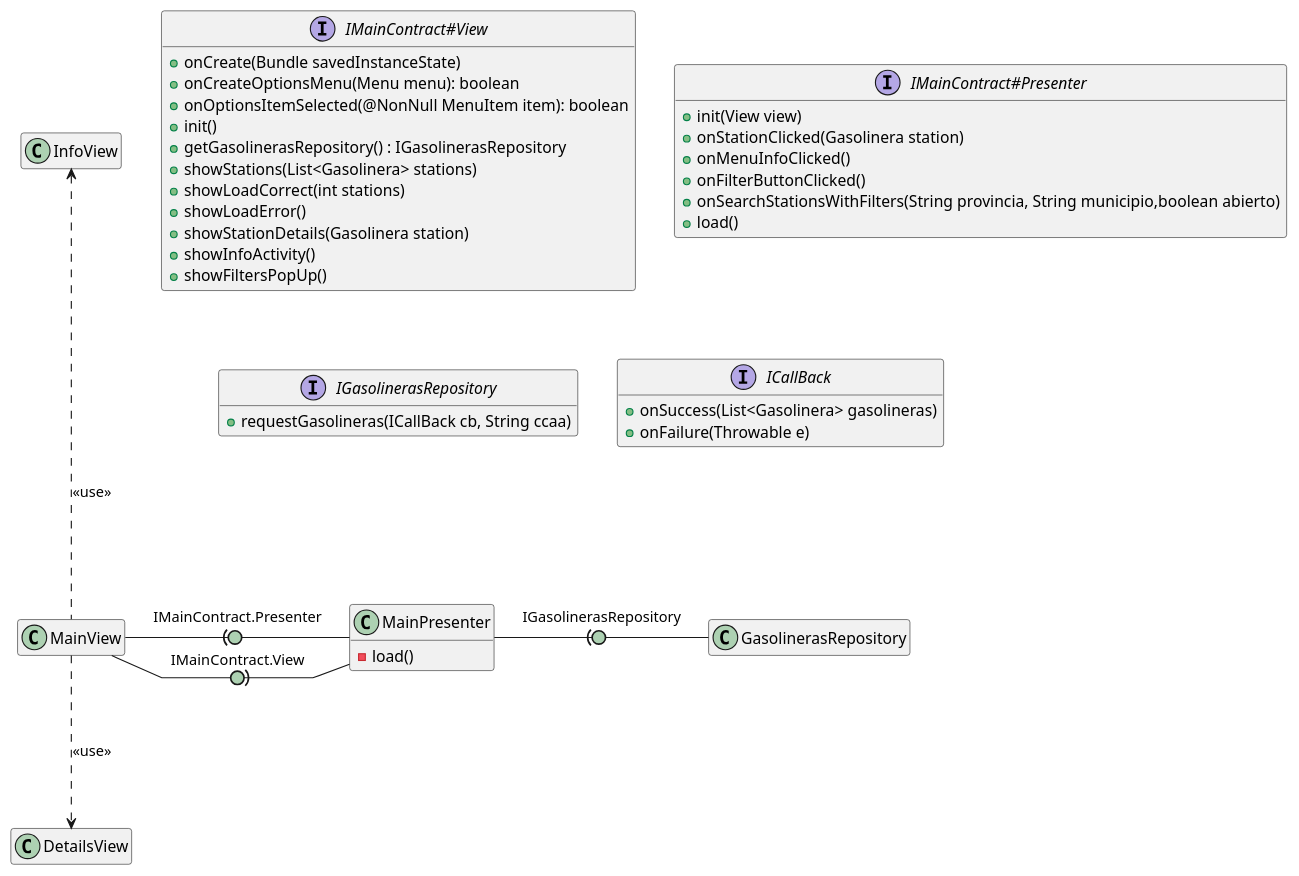
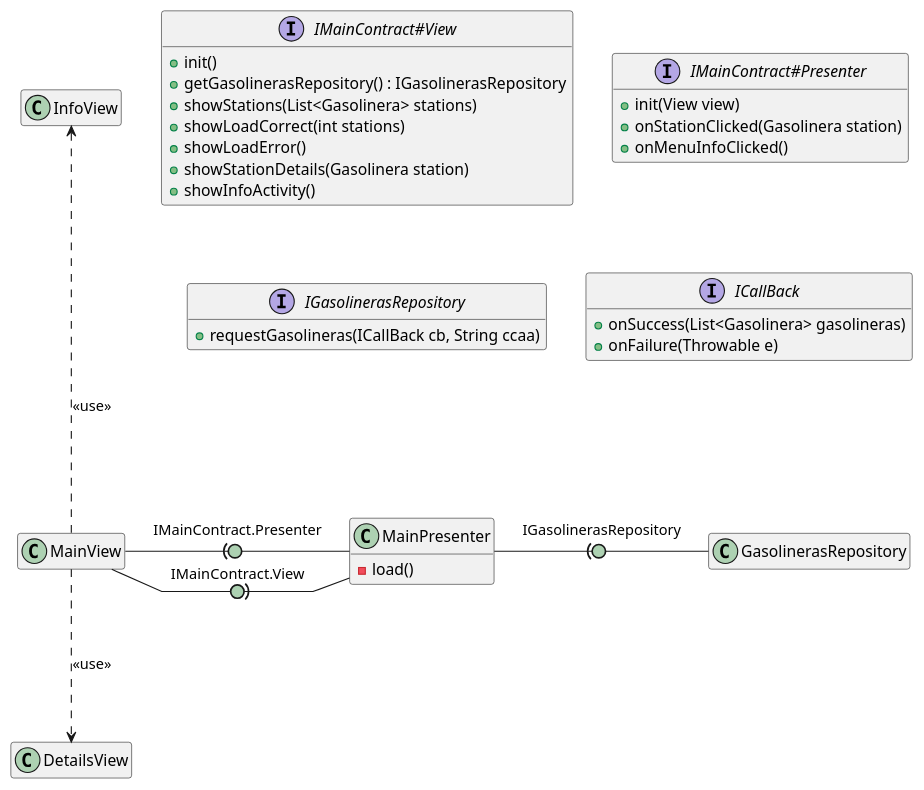
Before and after one commit to isunican/App-Gasolineras-Grupo5: the diagram in Docs/Models/architecture.puml, drawn with PlantUML. The commit also changed 29 other files, not shown here.

```diff
--- a/Docs/Models/architecture.puml
+++ b/Docs/Models/architecture.puml
@@ -1,51 +1,44 @@
 @startuml clases
 
 hide empty members
 skinparam linetype polyline
 skinparam arrowLollipopColor #ADD1B2
 
 MainView -right(0- MainPresenter : IMainContract.Presenter
 MainView -right0)- MainPresenter : IMainContract.View
 MainView -up..-> InfoView : <<use>>
 MainView -down..> DetailsView : <<use>>
 MainPresenter -right(0- GasolinerasRepository : IGasolinerasRepository
 
 
 class MainPresenter {
     -load()
 }
 
 interface IMainContract#View {
-    + onCreate(Bundle savedInstanceState)
-    + onCreateOptionsMenu(Menu menu): boolean
-    + onOptionsItemSelected(@NonNull MenuItem item): boolean
     + init()
     + getGasolinerasRepository() : IGasolinerasRepository
     + showStations(List<Gasolinera> stations)
     + showLoadCorrect(int stations)
     + showLoadError()
     + showStationDetails(Gasolinera station)
     + showInfoActivity()
-    + showFiltersPopUp()
 }
 
 interface IMainContract#Presenter {
     + init(View view)
     + onStationClicked(Gasolinera station)
     + onMenuInfoClicked()
-    + onFilterButtonClicked()
-    + onSearchStationsWithFilters(String provincia, String municipio,boolean abierto)
-    + load()
 }
 
 interface IGasolinerasRepository {
     + requestGasolineras(ICallBack cb, String ccaa)
 }
 
 interface ICallBack {
     + onSuccess(List<Gasolinera> gasolineras)
     + onFailure(Throwable e)
 }
 
 
 @enduml
```
